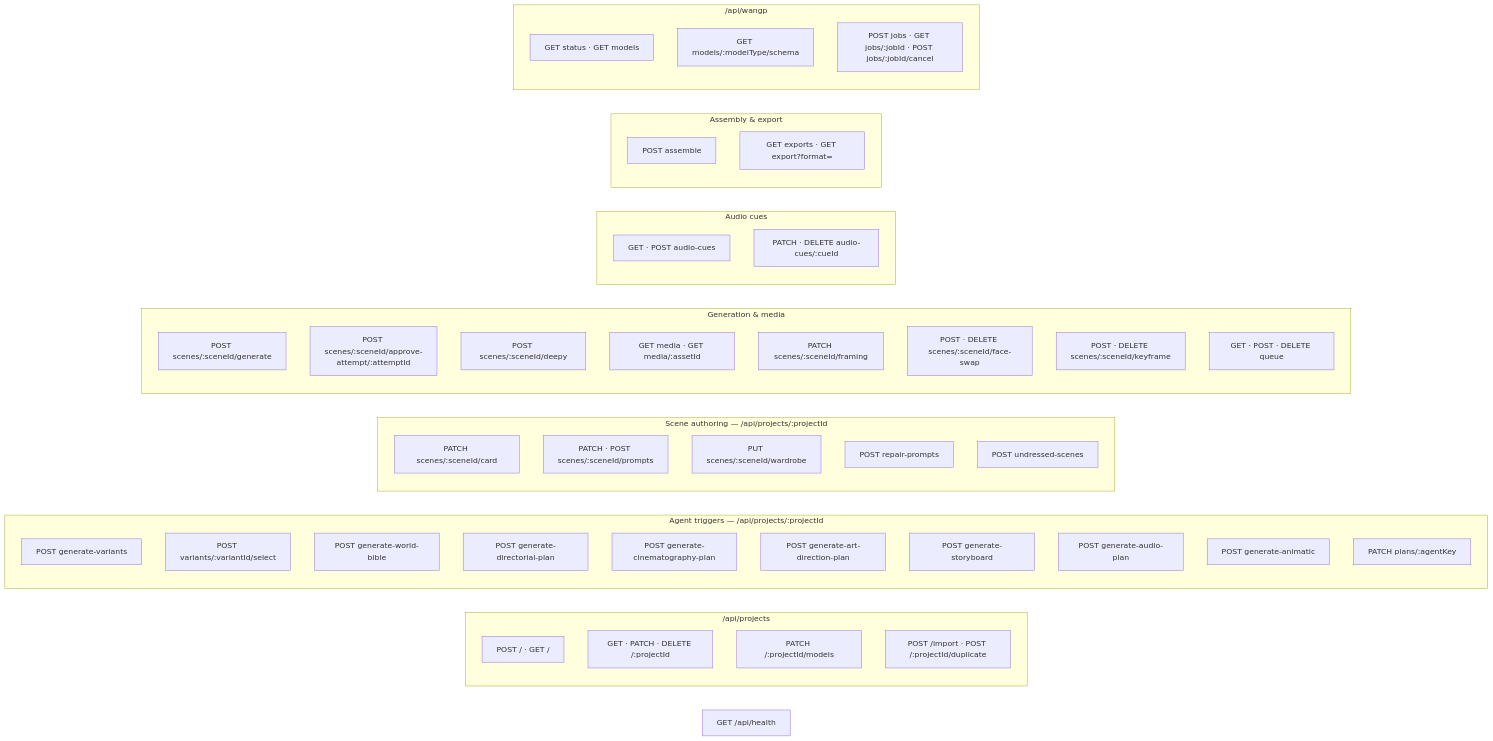
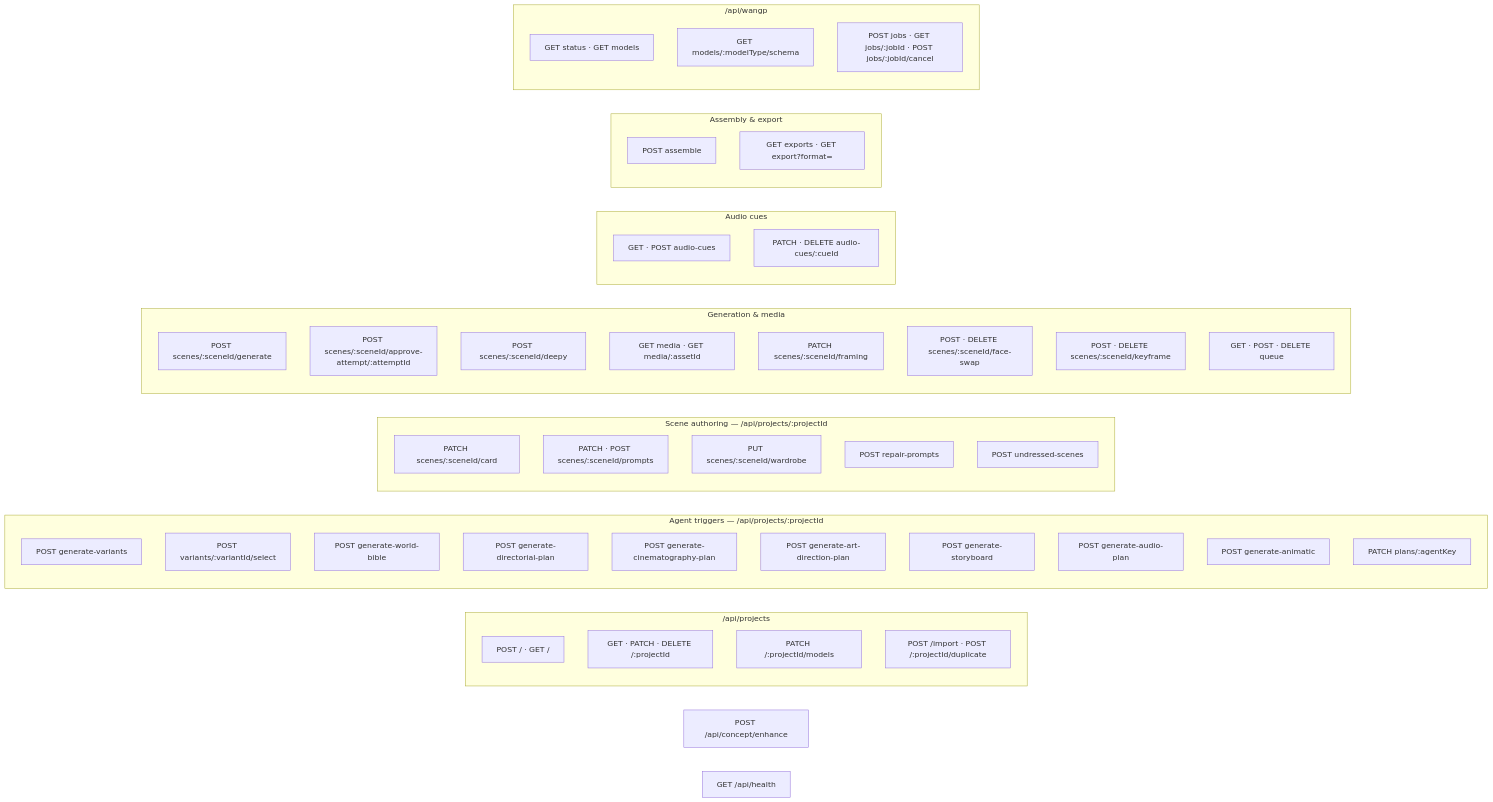
Diagram 15 of 18 in docs/architecture.md (jamesbas/storyforgeai), drawn with Mermaid before and after one commit. The commit also changed other lines of this file and 54 other files, not shown here.

````diff
--- a/docs/architecture.md
+++ b/docs/architecture.md
@@ -1255,52 +1285,53 @@
 ```mermaid
 flowchart LR
     subgraph proj["/api/projects"]
         p1["POST / · GET /"]
         p2["GET · PATCH · DELETE /:projectId"]
         p3["PATCH /:projectId/models"]
         p4["POST /import · POST /:projectId/duplicate"]
     end
     subgraph agentsapi["Agent triggers — /api/projects/:projectId"]
         a1["POST generate-variants"]
         a2["POST variants/:variantId/select"]
         a3["POST generate-world-bible"]
         a4["POST generate-directorial-plan"]
         a5["POST generate-cinematography-plan"]
         a6["POST generate-art-direction-plan"]
         a7["POST generate-storyboard"]
         a8["POST generate-audio-plan"]
         a9["POST generate-animatic"]
         a10["PATCH plans/:agentKey"]
     end
     subgraph scene["Scene authoring — /api/projects/:projectId"]
         s1["PATCH scenes/:sceneId/card"]
         s2["PATCH · POST scenes/:sceneId/prompts"]
         s3["PUT scenes/:sceneId/wardrobe"]
         s4["POST repair-prompts"]
         s5["POST undressed-scenes"]
     end
     subgraph gen["Generation & media"]
         g1["POST scenes/:sceneId/generate"]
         g2["POST scenes/:sceneId/approve-attempt/:attemptId"]
         g3["POST scenes/:sceneId/deepy"]
         g4["GET media · GET media/:assetId"]
         g5["PATCH scenes/:sceneId/framing"]
         g6["POST · DELETE scenes/:sceneId/face-swap"]
         g7["POST · DELETE scenes/:sceneId/keyframe"]
         g8["GET · POST · DELETE queue"]
     end
     subgraph audio["Audio cues"]
         c1["GET · POST audio-cues"]
         c2["PATCH · DELETE audio-cues/:cueId"]
     end
     subgraph out["Assembly & export"]
         o1["POST assemble"]
         o2["GET exports · GET export?format="]
     end
     subgraph wg["/api/wangp"]
         w1["GET status · GET models"]
         w2["GET models/:modelType/schema"]
         w3["POST jobs · GET jobs/:jobId · POST jobs/:jobId/cancel"]
     end
+    ce["POST /api/concept/enhance"]
     h["GET /api/health"]
 ```
````
